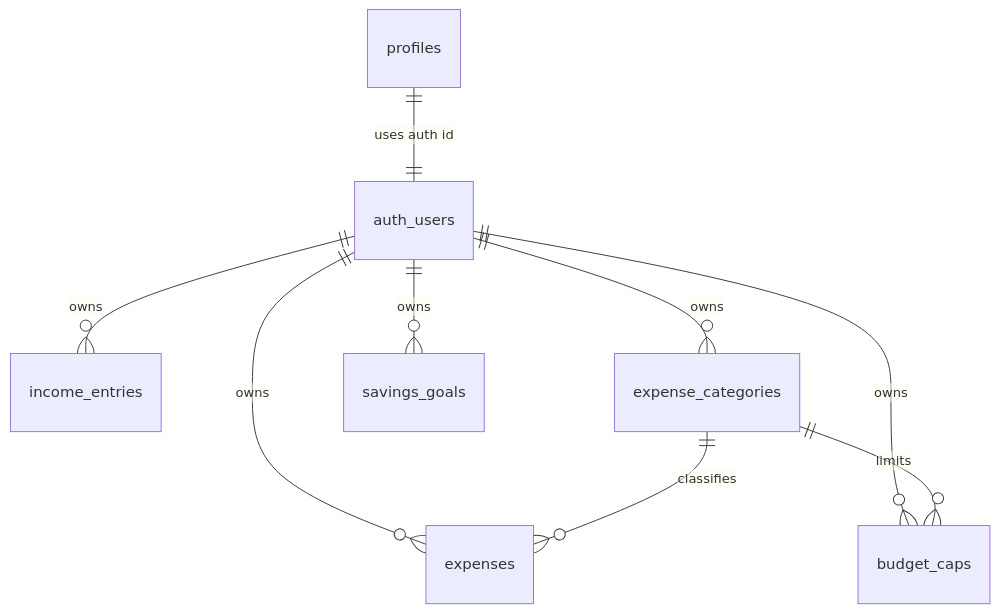
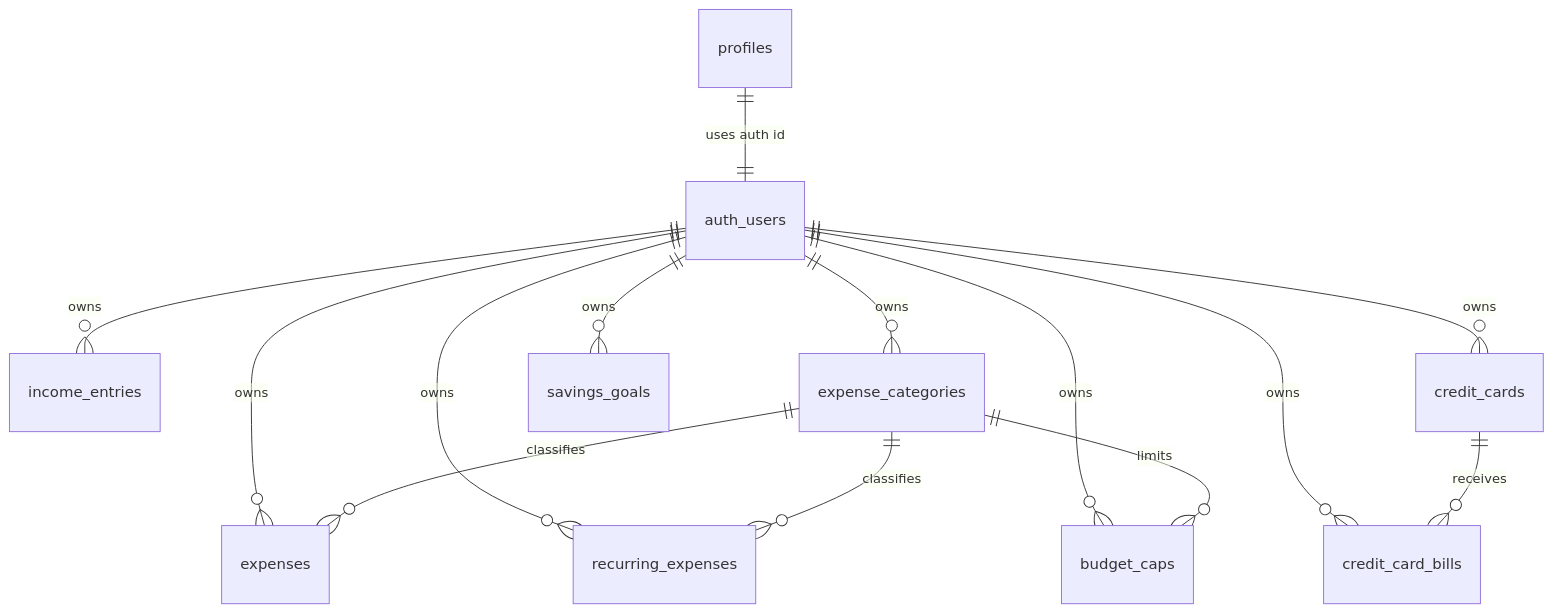
Before and after one commit to DalbirSodhi/Pocket-Mate: the diagram in docs/database-schema.md, drawn with Mermaid. The commit also changed other lines of this file and 2 other files, not shown here.

Commit message:
feat: add recurring expense and card bill schema

````diff
--- a/docs/database-schema.md
+++ b/docs/database-schema.md
@@ -180,11 +232,16 @@
 ```mermaid
 erDiagram
     profiles ||--|| auth_users : "uses auth id"
     auth_users ||--o{ income_entries : owns
     auth_users ||--o{ expense_categories : owns
     auth_users ||--o{ expenses : owns
+    auth_users ||--o{ recurring_expenses : owns
+    auth_users ||--o{ credit_cards : owns
+    auth_users ||--o{ credit_card_bills : owns
     auth_users ||--o{ budget_caps : owns
     auth_users ||--o{ savings_goals : owns
     expense_categories ||--o{ expenses : classifies
+    expense_categories ||--o{ recurring_expenses : classifies
+    credit_cards ||--o{ credit_card_bills : receives
     expense_categories ||--o{ budget_caps : limits
 ```
````
